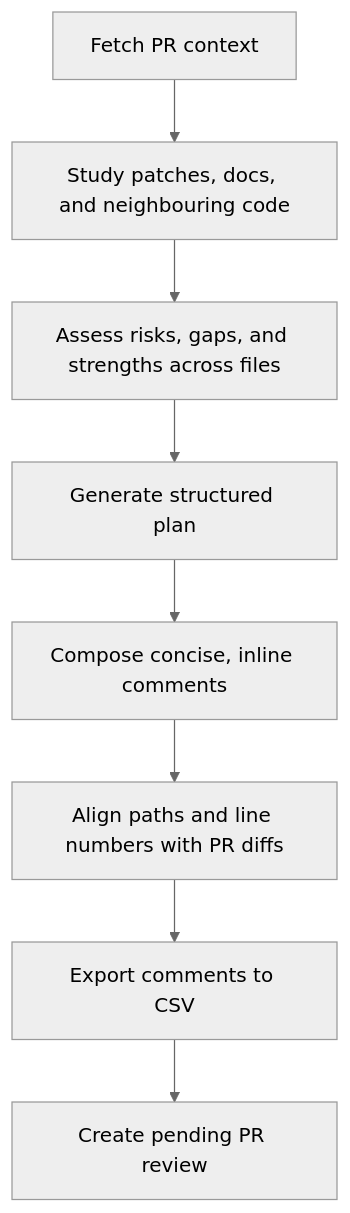
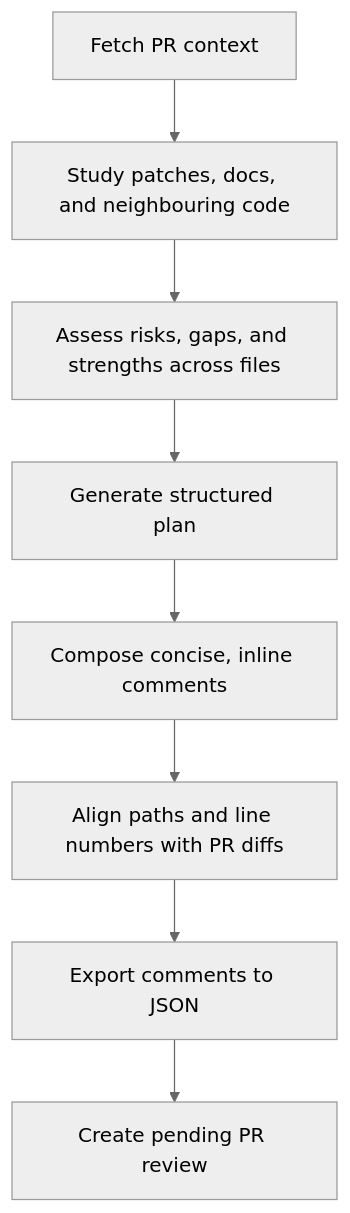
One commit to mkaczkowski/ai-command-library changed the second of 3 diagrams in README.md. Above: the diagram before and after it, drawn with Mermaid (neutral theme). The commit also changed other lines of this file and 12 other files, not shown here.

Commit message:
docs: transition from CSV to JSON for comment workflows and update related scripts

````diff
--- a/README.md
+++ b/README.md
@@ -322,11 +322,11 @@
 ```mermaid
 flowchart TD
     Context[Fetch PR context]
     Context --> Inspect[Study patches, docs, and neighbouring code]
     Inspect --> Analyze[Assess risks, gaps, and strengths across files]
     Analyze --> Output[Generate structured plan]
     Output --> Craft[Compose concise, inline comments]
     Craft --> Map[Align paths and line numbers with PR diffs]
-    Map --> Export[Export comments to CSV]
+    Map --> Export[Export comments to JSON]
     Export --> RunScript[Create pending PR review]
 ```
````
